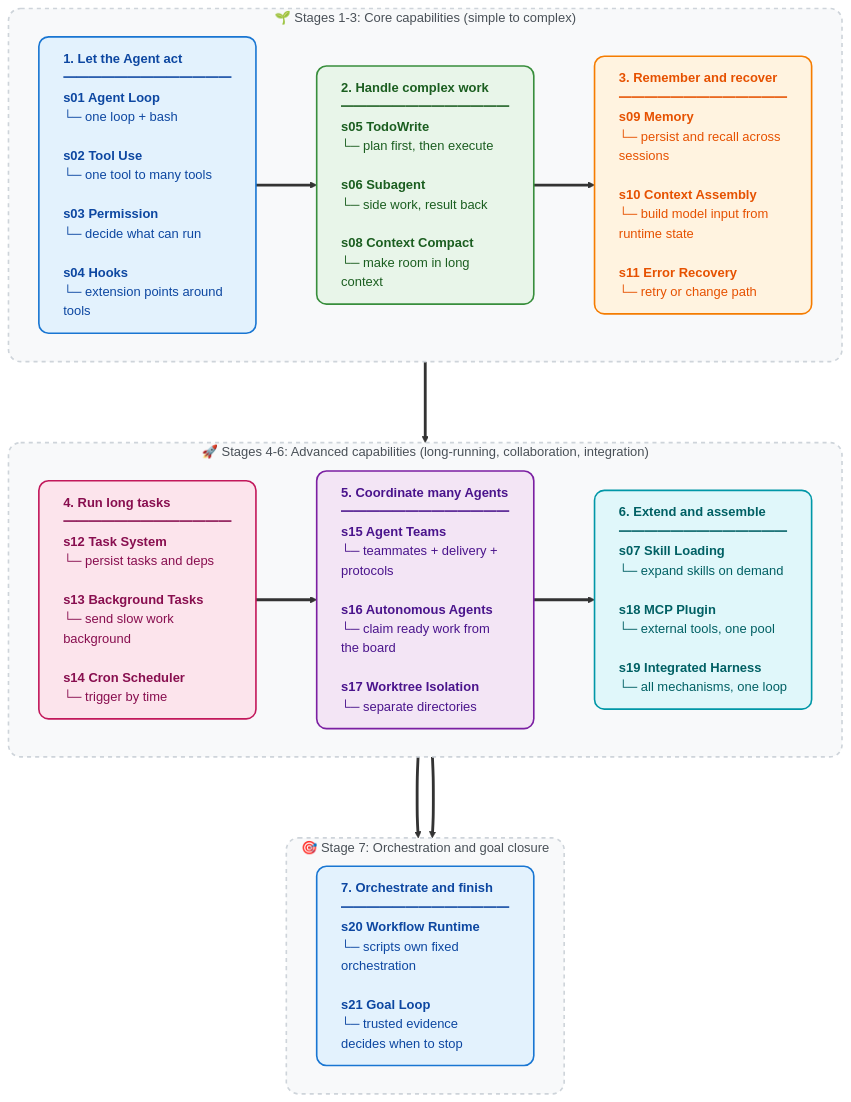
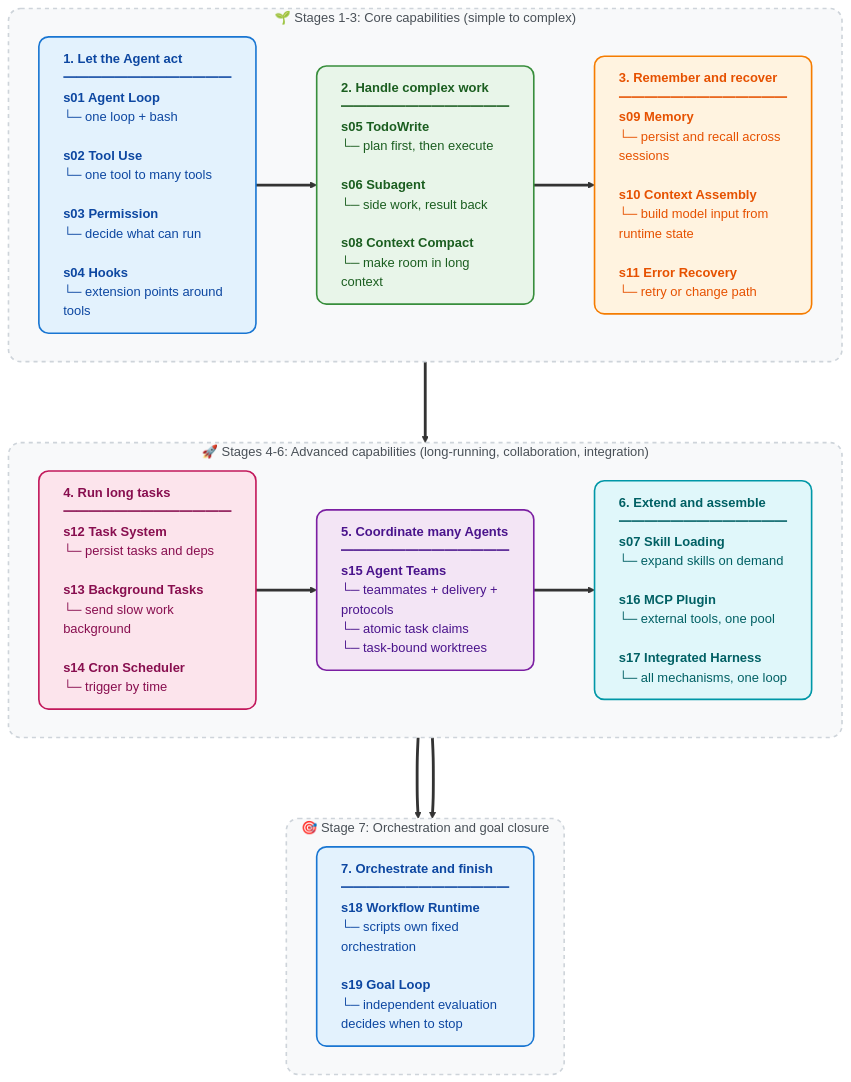
Before and after one commit to snake-fan/learn-claude-code: the diagram in README.md, drawn with Mermaid. The commit also changed other lines of this file and 196 other files, not shown here.

Commit message:
Consolidate agent harness course into 19 lessons

````diff
--- a/README.md
+++ b/README.md
@@ -255,49 +251,49 @@
 ```mermaid
 flowchart TD
     %% Card styles
     classDef stage1 fill:#E3F2FD,stroke:#1976D2,stroke-width:2px,color:#0D47A1,rx:12,ry:12,text-align:left
     classDef stage2 fill:#E8F5E9,stroke:#388E3C,stroke-width:2px,color:#1B5E20,rx:12,ry:12,text-align:left
     classDef stage3 fill:#FFF3E0,stroke:#F57C00,stroke-width:2px,color:#E65100,rx:12,ry:12,text-align:left
     classDef stage4 fill:#FCE4EC,stroke:#C2185b,stroke-width:2px,color:#880E4F,rx:12,ry:12,text-align:left
     classDef stage5 fill:#F3E5F5,stroke:#7B1FA2,stroke-width:2px,color:#4A148C,rx:12,ry:12,text-align:left
     classDef stage6 fill:#E0F7FA,stroke:#0097A7,stroke-width:2px,color:#006064,rx:12,ry:12,text-align:left
 
     %% Group style
     classDef groupBox fill:#F8F9FA,stroke:#CED4DA,stroke-width:2px,stroke-dasharray: 5 5,rx:15,ry:15,color:#495057
 
     %% Layer 1: stages 1-3
     subgraph Phase1 ["🌱 Stages 1-3: Core capabilities (simple to complex)"]
         direction LR
         S1["<b>1. Let the Agent act</b><br/>━━━━━━━━━━━━━<br/><b>s01 Agent Loop</b><br/>└─ one loop + bash<br/><br/><b>s02 Tool Use</b><br/>└─ one tool to many tools<br/><br/><b>s03 Permission</b><br/>└─ decide what can run<br/><br/><b>s04 Hooks</b><br/>└─ extension points around tools"]:::stage1
 
         S2["<b>2. Handle complex work</b><br/>━━━━━━━━━━━━━<br/><b>s05 TodoWrite</b><br/>└─ plan first, then execute<br/><br/><b>s06 Subagent</b><br/>└─ side work, result back<br/><br/><b>s08 Context Compact</b><br/>└─ make room in long context"]:::stage2
 
         S3["<b>3. Remember and recover</b><br/>━━━━━━━━━━━━━<br/><b>s09 Memory</b><br/>└─ persist and recall across sessions<br/><br/><b>s10 Context Assembly</b><br/>└─ build model input from runtime state<br/><br/><b>s11 Error Recovery</b><br/>└─ retry or change path"]:::stage3
 
         S1 ==> S2 ==> S3
     end
 
     %% Layer 2: stages 4-6
     subgraph Phase2 ["🚀 Stages 4-6: Advanced capabilities (long-running, collaboration, integration)"]
         direction LR
         S4["<b>4. Run long tasks</b><br/>━━━━━━━━━━━━━<br/><b>s12 Task System</b><br/>└─ persist tasks and deps<br/><br/><b>s13 Background Tasks</b><br/>└─ send slow work background<br/><br/><b>s14 Cron Scheduler</b><br/>└─ trigger by time"]:::stage4
 
-        S5["<b>5. Coordinate many Agents</b><br/>━━━━━━━━━━━━━<br/><b>s15 Agent Teams</b><br/>└─ teammates + delivery + protocols<br/><br/><b>s16 Autonomous Agents</b><br/>└─ claim ready work from the board<br/><br/><b>s17 Worktree Isolation</b><br/>└─ separate directories"]:::stage5
+        S5["<b>5. Coordinate many Agents</b><br/>━━━━━━━━━━━━━<br/><b>s15 Agent Teams</b><br/>└─ teammates + delivery + protocols<br/>└─ atomic task claims<br/>└─ task-bound worktrees"]:::stage5
 
-        S6["<b>6. Extend and assemble</b><br/>━━━━━━━━━━━━━<br/><b>s07 Skill Loading</b><br/>└─ expand skills on demand<br/><br/><b>s18 MCP Plugin</b><br/>└─ external tools, one pool<br/><br/><b>s19 Integrated Harness</b><br/>└─ all mechanisms, one loop"]:::stage6
+        S6["<b>6. Extend and assemble</b><br/>━━━━━━━━━━━━━<br/><b>s07 Skill Loading</b><br/>└─ expand skills on demand<br/><br/><b>s16 MCP Plugin</b><br/>└─ external tools, one pool<br/><br/><b>s17 Integrated Harness</b><br/>└─ all mechanisms, one loop"]:::stage6
 
         S4 ==> S5 ==> S6
     end
 
     %% Layer 3: orchestration and goal closure
     subgraph Phase3 ["🎯 Stage 7: Orchestration and goal closure"]
         direction LR
-        S7["<b>7. Orchestrate and finish</b><br/>━━━━━━━━━━━━━<br/><b>s20 Workflow Runtime</b><br/>└─ scripts own fixed orchestration<br/><br/><b>s21 Goal Loop</b><br/>└─ trusted evidence decides when to stop"]:::stage1
+        S7["<b>7. Orchestrate and finish</b><br/>━━━━━━━━━━━━━<br/><b>s18 Workflow Runtime</b><br/>└─ scripts own fixed orchestration<br/><br/><b>s19 Goal Loop</b><br/>└─ independent evaluation decides when to stop"]:::stage1
         S6 ==> S7
     end
 
     %% Connect the three layers
     Phase1 ===> Phase2 ===> Phase3
 
     class Phase1,Phase2,Phase3 groupBox
 ```
````
